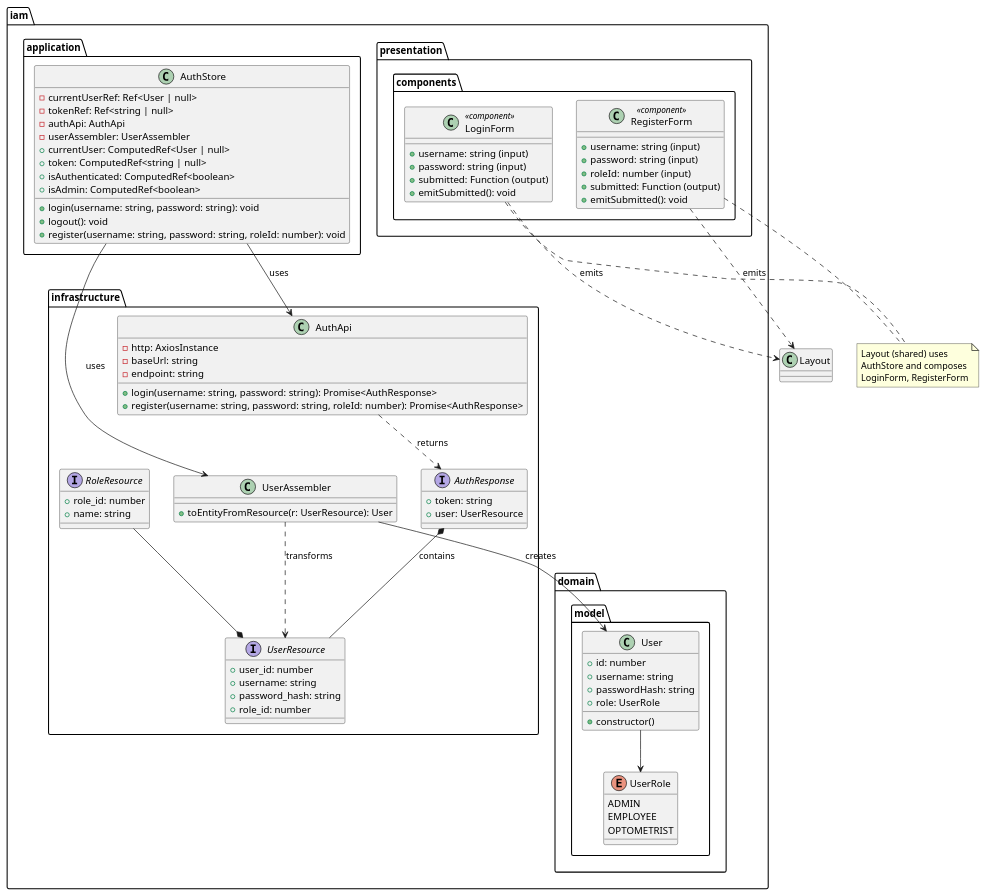
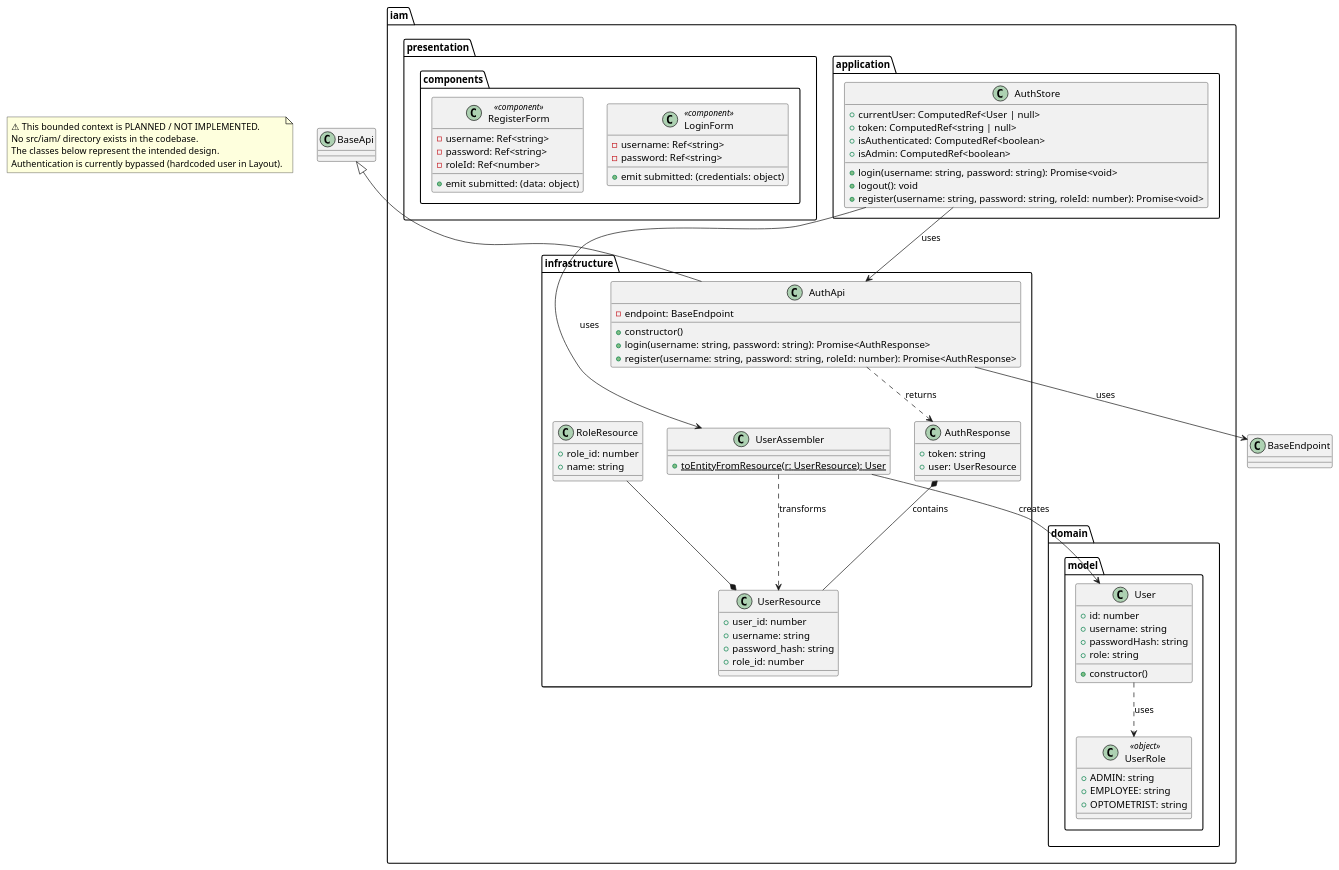
One commit to 1asi0730-2610-10203-OptiFlow/OptiFlow-Report-Stable changed the diagram in docs/class-diagram-iam.puml. Above: the diagram before and after it, drawn with PlantUML. The commit also changed 6 other files, not shown here.

Commit message:
fix: corrected class diagrams

```diff
--- a/docs/class-diagram-iam.puml
+++ b/docs/class-diagram-iam.puml
@@ -1,92 +1,88 @@
 @startuml BC-01_IAM
+
+note as PlanningNote
+  ⚠ This bounded context is PLANNED / NOT IMPLEMENTED.
+  No src/iam/ directory exists in the codebase.
+  The classes below represent the intended design.
+  Authentication is currently bypassed (hardcoded user in Layout).
+end note
 
 package "iam.domain.model" {
   class User {
     + id: number
     + username: string
     + passwordHash: string
-    + role: UserRole
+    + role: string
     + constructor()
   }
-  enum UserRole {
-    ADMIN
-    EMPLOYEE
-    OPTOMETRIST
+  class UserRole <<object>> {
+    + ADMIN: string
+    + EMPLOYEE: string
+    + OPTOMETRIST: string
   }
 }
 
 package "iam.infrastructure" {
-  interface UserResource {
+  class UserResource {
     + user_id: number
     + username: string
     + password_hash: string
     + role_id: number
   }
-  interface RoleResource {
+  class RoleResource {
     + role_id: number
     + name: string
   }
-  interface AuthResponse {
+  class AuthResponse {
     + token: string
     + user: UserResource
   }
   class UserAssembler {
-    + toEntityFromResource(r: UserResource): User
+    + {static} toEntityFromResource(r: UserResource): User
   }
   class AuthApi {
-    - http: AxiosInstance
-    - baseUrl: string
-    - endpoint: string
+    - endpoint: BaseEndpoint
+    + constructor()
     + login(username: string, password: string): Promise<AuthResponse>
     + register(username: string, password: string, roleId: number): Promise<AuthResponse>
   }
 }
 
 package "iam.application" {
   class AuthStore {
-    - currentUserRef: Ref<User | null>
-    - tokenRef: Ref<string | null>
-    - authApi: AuthApi
-    - userAssembler: UserAssembler
     + currentUser: ComputedRef<User | null>
     + token: ComputedRef<string | null>
     + isAuthenticated: ComputedRef<boolean>
     + isAdmin: ComputedRef<boolean>
-    + login(username: string, password: string): void
+    + login(username: string, password: string): Promise<void>
     + logout(): void
-    + register(username: string, password: string, roleId: number): void
+    + register(username: string, password: string, roleId: number): Promise<void>
   }
 }
 
 package "iam.presentation.components" {
   class LoginForm <<component>> {
-    + username: string (input)
-    + password: string (input)
-    + submitted: Function (output)
-    + emitSubmitted(): void
+    - username: Ref<string>
+    - password: Ref<string>
+    + emit submitted: (credentials: object)
   }
   class RegisterForm <<component>> {
-    + username: string (input)
-    + password: string (input)
-    + roleId: number (input)
-    + submitted: Function (output)
-    + emitSubmitted(): void
+    - username: Ref<string>
+    - password: Ref<string>
+    - roleId: Ref<number>
+    + emit submitted: (data: object)
   }
 }
 
+BaseApi <|-- AuthApi
+AuthApi --> BaseEndpoint : uses
 AuthApi ..> AuthResponse : returns
 AuthResponse *-- UserResource : contains
 AuthStore --> AuthApi : uses
 AuthStore --> UserAssembler : uses
 UserAssembler ..> UserResource : transforms
 UserAssembler --> User : creates
-LoginForm ..> Layout : emits
-RegisterForm ..> Layout : emits
-User --> UserRole
+User ..> UserRole : uses
 RoleResource --* UserResource
 
-note "Layout (shared) uses\nAuthStore and composes\nLoginForm, RegisterForm" as N1
-LoginForm .. N1
-RegisterForm .. N1
-
 @enduml
```
